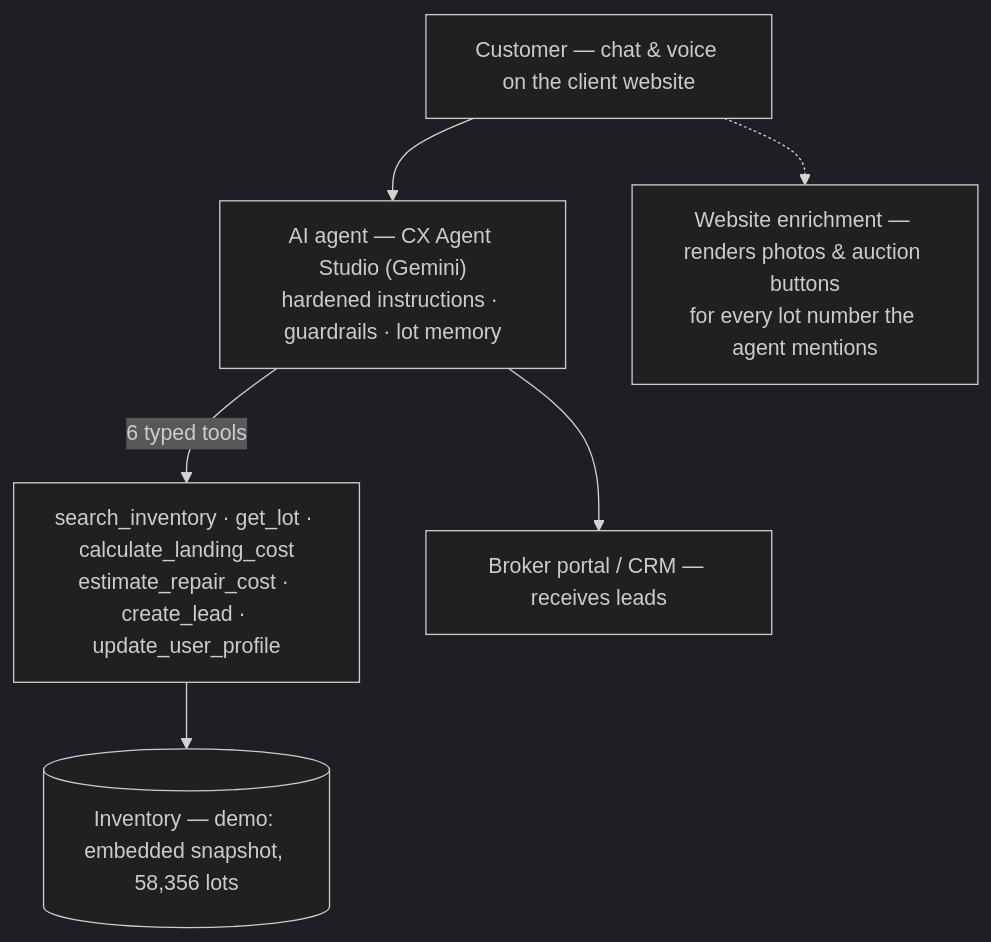
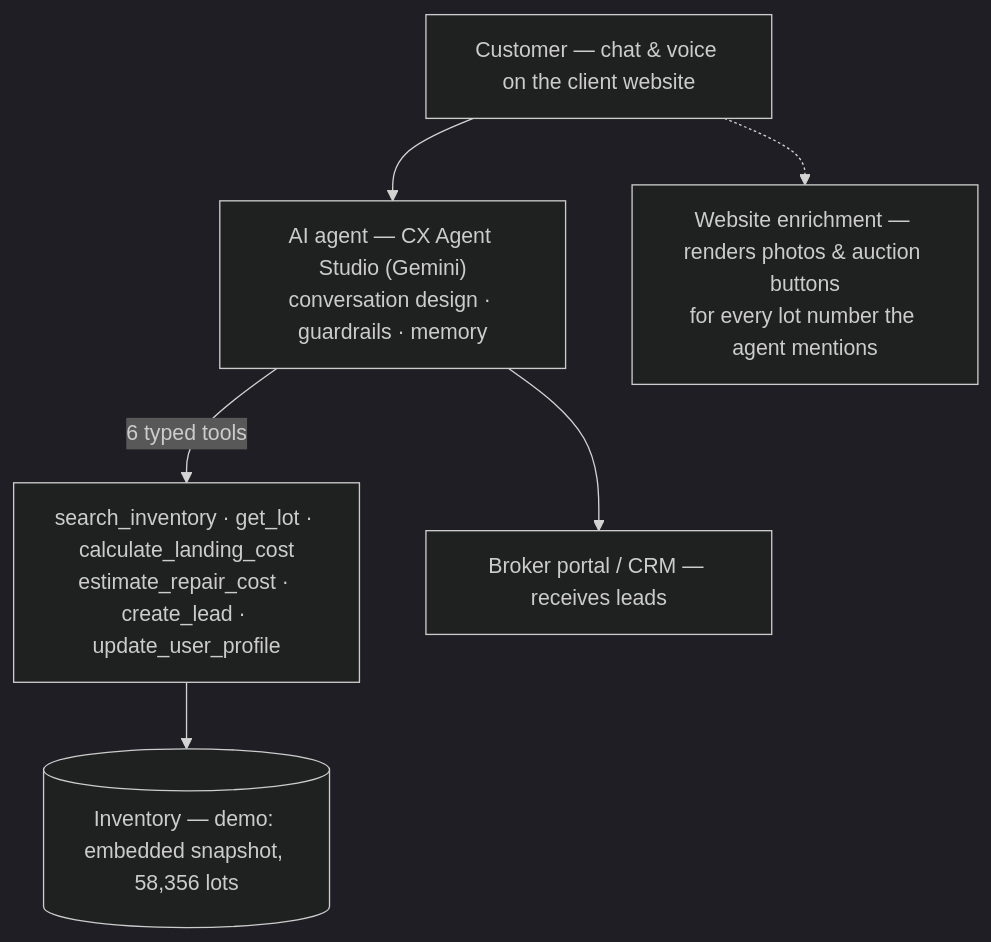
Before and after one commit to Nika-Tukhashvili/gecx-auto-broker: the diagram in docs/PROJECT_OVERVIEW.md, drawn with Mermaid (dark theme). The commit also changed other lines of this file and 2 other files, not shown here.

First line of the commit message:
Docs: reframe guardrails positively for business readers

````diff
--- a/docs/PROJECT_OVERVIEW.md
+++ b/docs/PROJECT_OVERVIEW.md
@@ -41,8 +39,8 @@
 ```mermaid
 flowchart TD
-    C["Customer — chat & voice on the client website"] --> A["AI agent — CX Agent Studio (Gemini)<br/>hardened instructions · guardrails · lot memory"]
+    C["Customer — chat & voice on the client website"] --> A["AI agent — CX Agent Studio (Gemini)<br/>conversation design · guardrails · memory"]
     A -- "6 typed tools" --> T["search_inventory · get_lot · calculate_landing_cost<br/>estimate_repair_cost · create_lead · update_user_profile"]
     T --> I[("Inventory — demo: embedded snapshot, 58,356 lots")]
     A --> L["Broker portal / CRM — receives leads"]
     C -.-> W["Website enrichment — renders photos & auction buttons<br/>for every lot number the agent mentions"]
 ```
````
